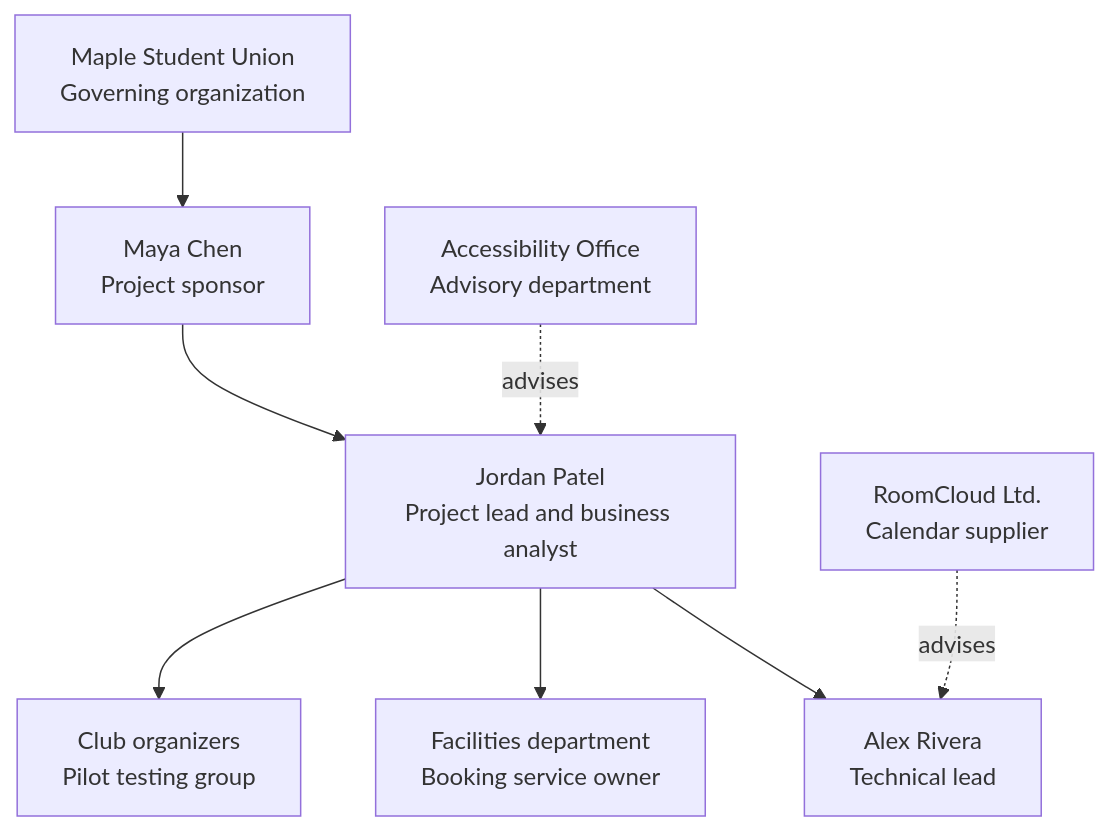
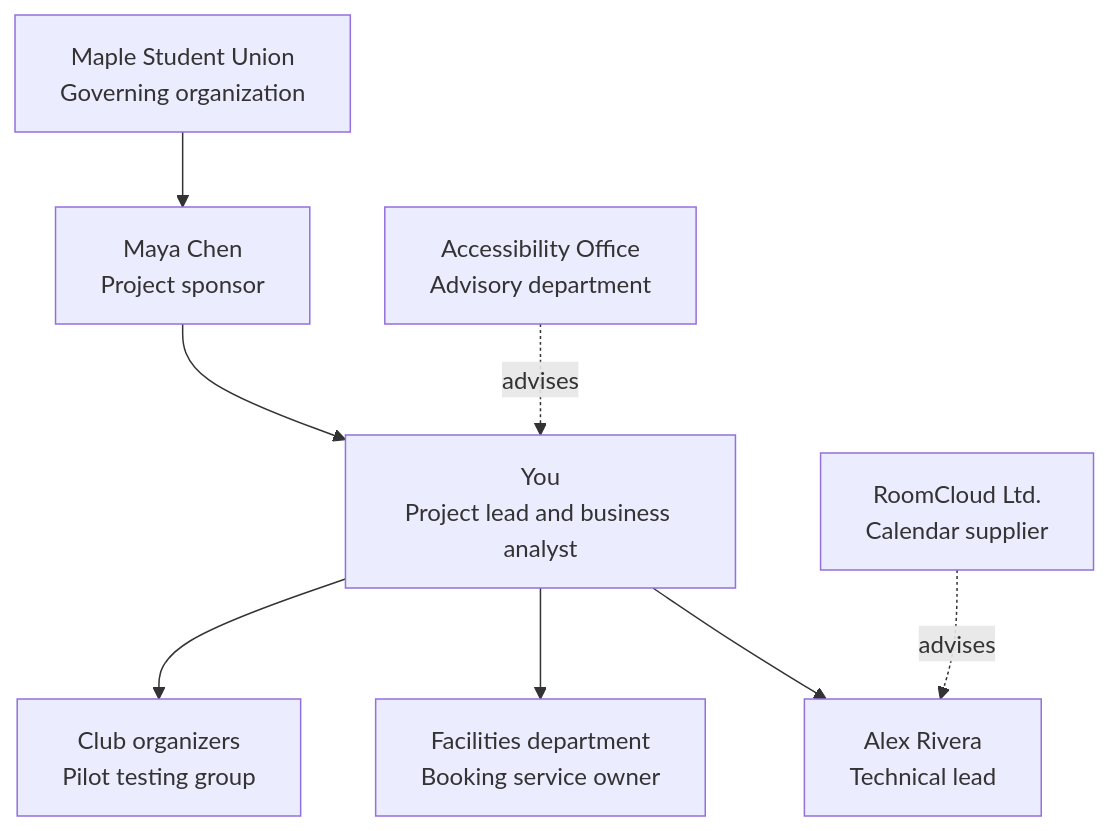
The diagram in src/diagrams/project-organization.mmd (NAIT-ITBA/nait-itba.github.io), drawn with Mermaid before and after one commit. The commit also changed 4 other files, not shown here.

First line of the commit message:
Make the reader the business analyst on the exemplars page

```diff
--- a/src/diagrams/project-organization.mmd
+++ b/src/diagrams/project-organization.mmd
@@ -1,10 +1,10 @@
 flowchart TB
   accTitle: Room-booking pilot project organization
-  accDescr: The Student Union governs the project. Sponsor Maya Chen is accountable to the union. Project lead and business analyst Jordan Patel coordinates Alex Rivera, Facilities, and club testers. Accessibility and the calendar supplier advise the team.
+  accDescr: The Student Union governs the project. Sponsor Maya Chen is accountable to the union. You, as project lead and business analyst, coordinate Alex Rivera, Facilities, and club testers. Accessibility and the calendar supplier advise you.
   union["Maple Student Union\nGoverning organization"] --> sponsor["Maya Chen\nProject sponsor"]
-  sponsor --> lead["Jordan Patel\nProject lead and business analyst"]
+  sponsor --> lead["You\nProject lead and business analyst"]
   lead --> dev["Alex Rivera\nTechnical lead"]
   lead --> facilities["Facilities department\nBooking service owner"]
   lead --> testers["Club organizers\nPilot testing group"]
   access["Accessibility Office\nAdvisory department"] -. advises .-> lead
   supplier["RoomCloud Ltd.\nCalendar supplier"] -. advises .-> dev
```
